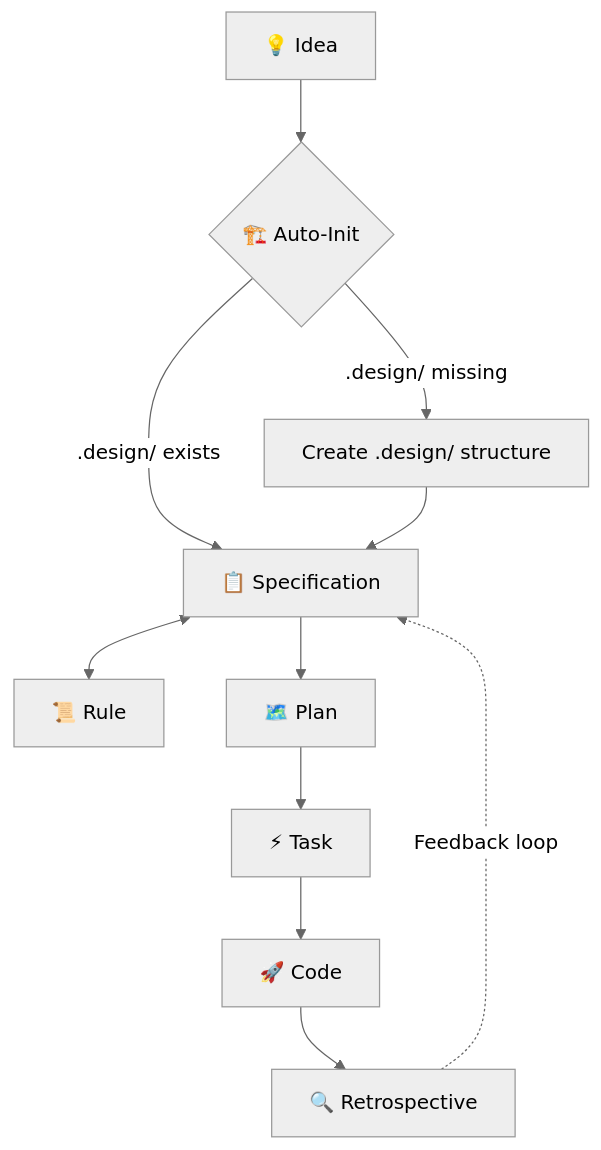
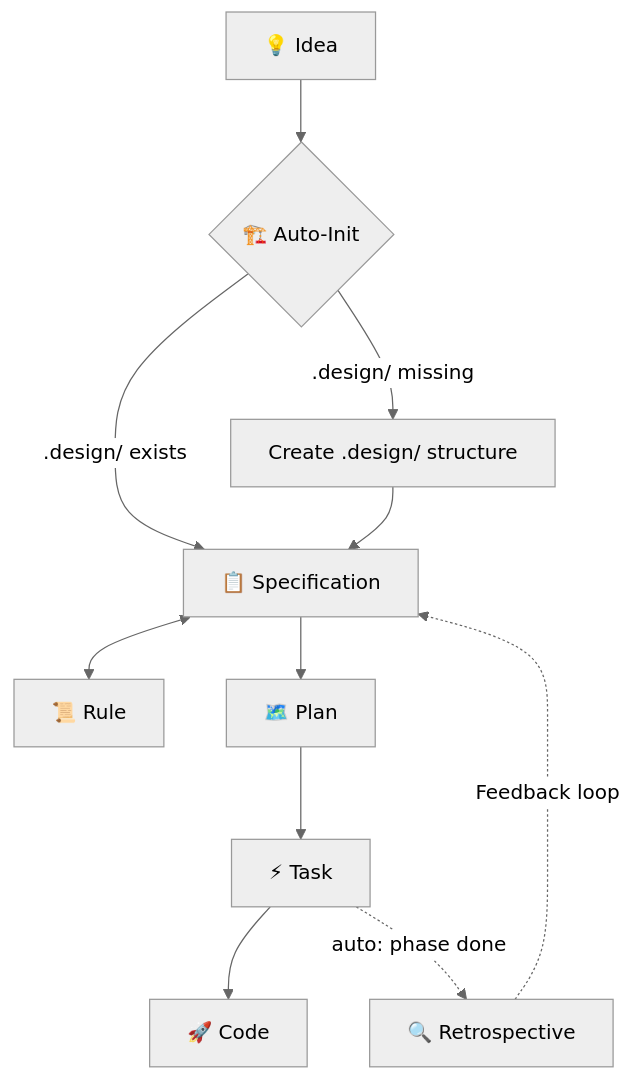
The diagram in README.md (teratron/magic-spec), drawn with Mermaid (neutral theme) before and after one commit. The commit also changed other lines of this file and 3 other files, not shown here.

````diff
--- a/README.md
+++ b/README.md
@@ -96,12 +95,12 @@
 ```mermaid
 graph TD
     IDEA["💡 Idea"] --> INIT{"🏗️ Auto-Init"}
     INIT -->|.design/ exists| SPEC
     INIT -->|.design/ missing| CREATE["Create .design/ structure"] --> SPEC
     SPEC["📋 Specification"] <--> RULE["📜 Rule"]
     SPEC --> PLAN["🗺️ Plan"]
     PLAN --> TASK["⚡ Task"]
     TASK --> CODE["🚀 Code"]
-    CODE --> RETRO["🔍 Retrospective"]
+    TASK -.->|"auto: phase done"| RETRO["🔍 Retrospective"]
     RETRO -.->|Feedback loop| SPEC
 ```
````
